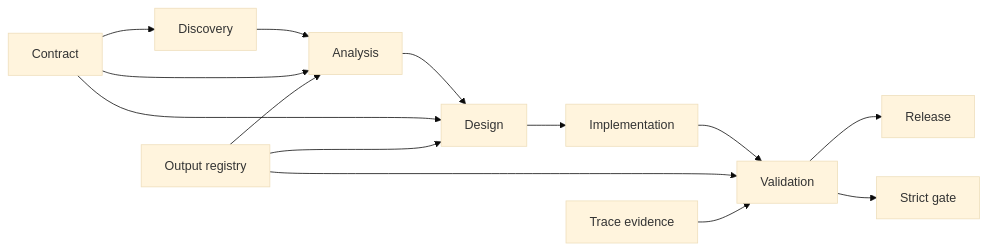
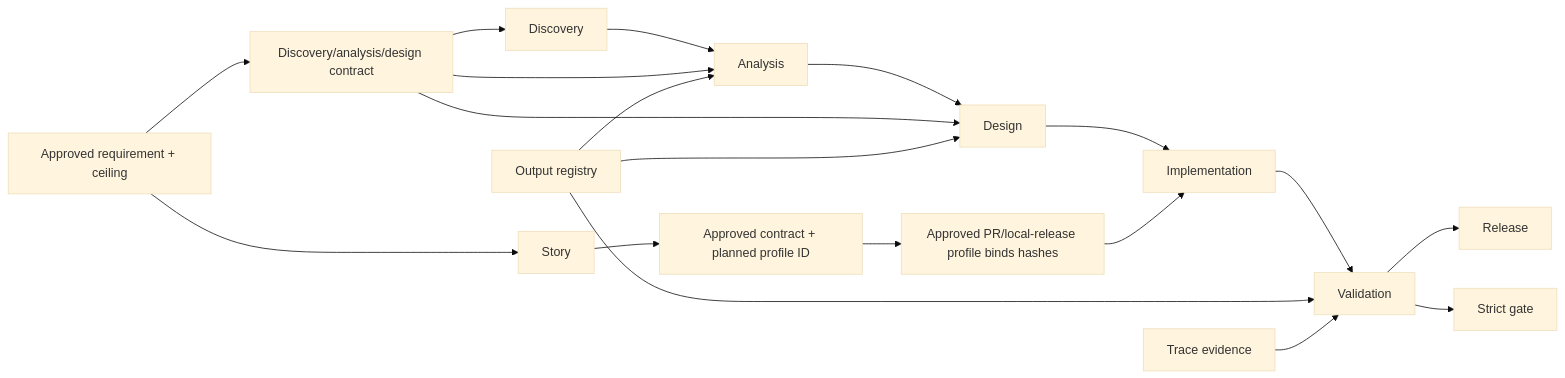
The first of 2 diagrams in skills/agentic-sdlc/references/process.md (aantenore/agentic-sdlc-codex-plugin), drawn with Mermaid (base theme) before and after one commit. The commit also changed other lines of this file and 16 other files, not shown here.

````diff
--- a/skills/agentic-sdlc/references/process.md
+++ b/skills/agentic-sdlc/references/process.md
@@ -21,17 +23,22 @@
 ```mermaid
 flowchart LR
   Discovery["Discovery"] --> Analysis["Analysis"]
   Analysis --> Design["Design"]
   Design --> Implementation["Implementation"]
   Implementation --> Validation["Validation"]
   Validation --> Release["Release"]
 
-  Contract["Contract"] --> Discovery
+  Requirement["Approved requirement + ceiling"] --> Contract["Discovery/analysis/design contract"]
+  Contract --> Discovery
   Contract --> Analysis
   Contract --> Design
+  Requirement --> Story["Story"]
+  Story --> FinalContract["Approved contract + planned profile ID"]
+  FinalContract --> Delivery["Approved PR/local-release profile binds hashes"]
+  Delivery --> Implementation
   OutputRegistry["Output registry"] --> Analysis
   OutputRegistry --> Design
   OutputRegistry --> Validation
   Trace["Trace evidence"] --> Validation
   Validation --> Gate["Strict gate"]
 ```
````
